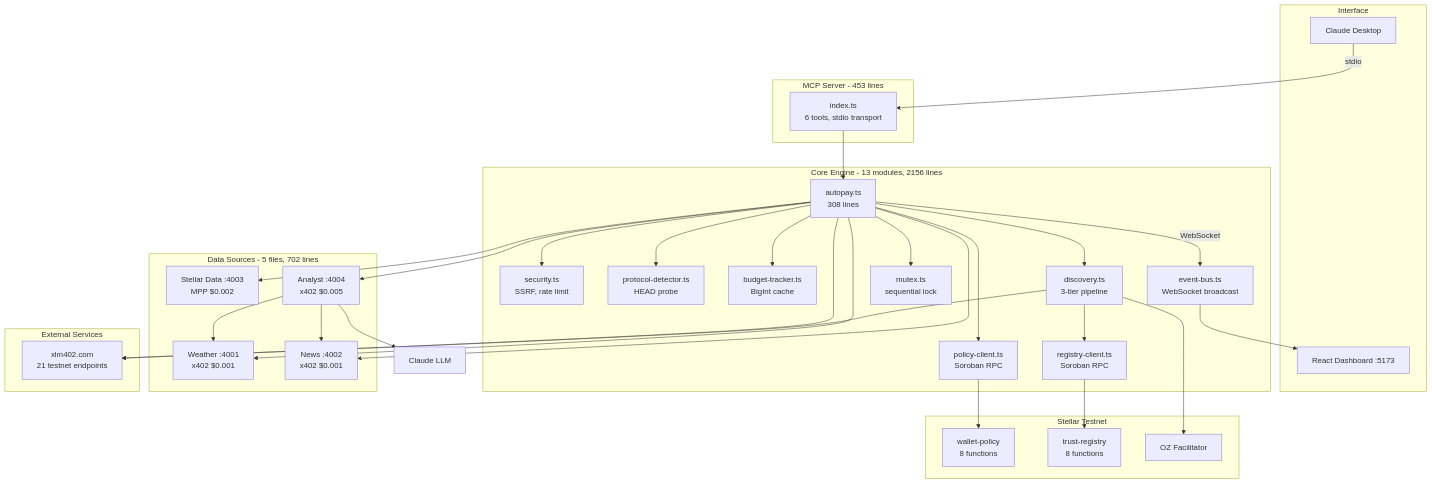
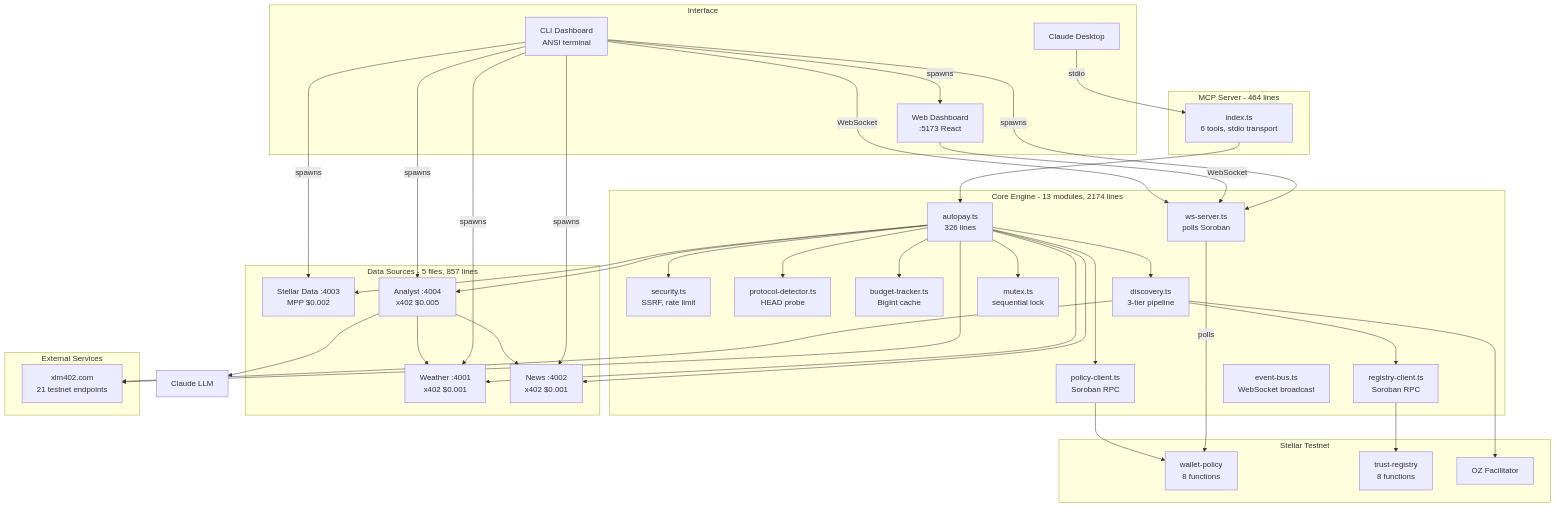
Before and after one commit to Andy00L/x402-autopilot: the first of 7 diagrams in ARCHITECTURE.md, drawn with Mermaid. The commit also changed other lines of this file and 3 other files, not shown here.

````diff
--- a/ARCHITECTURE.md
+++ b/ARCHITECTURE.md
@@ -9,64 +9,73 @@
 ```mermaid
 flowchart TD
     subgraph Interface
         CC["Claude Desktop"]
-        DASH["React Dashboard :5173"]
+        CLI["CLI Dashboard<br/>ANSI terminal"]
+        DASH["Web Dashboard<br/>:5173 React"]
     end
 
-    subgraph MCP["MCP Server - 453 lines"]
+    subgraph MCP["MCP Server - 464 lines"]
         MCPS["index.ts<br/>6 tools, stdio transport"]
     end
 
-    subgraph Core["Core Engine - 13 modules, 2156 lines"]
-        AP["autopay.ts<br/>308 lines"]
+    subgraph Core["Core Engine - 13 modules, 2174 lines"]
+        AP["autopay.ts<br/>326 lines"]
         SEC["security.ts<br/>SSRF, rate limit"]
         PD["protocol-detector.ts<br/>HEAD probe"]
         PC["policy-client.ts<br/>Soroban RPC"]
         RC["registry-client.ts<br/>Soroban RPC"]
         BT["budget-tracker.ts<br/>BigInt cache"]
         DC["discovery.ts<br/>3-tier pipeline"]
         EB["event-bus.ts<br/>WebSocket broadcast"]
         MX["mutex.ts<br/>sequential lock"]
+        WS["ws-server.ts<br/>polls Soroban"]
     end
 
-    subgraph Sources["Data Sources - 5 files, 702 lines"]
+    subgraph Sources["Data Sources - 5 files, 857 lines"]
         W["Weather :4001<br/>x402 $0.001"]
         N["News :4002<br/>x402 $0.001"]
         S["Stellar Data :4003<br/>MPP $0.002"]
         AN["Analyst :4004<br/>x402 $0.005"]
     end
 
     subgraph External["External Services"]
         XL["xlm402.com<br/>21 testnet endpoints"]
     end
 
     subgraph Stellar["Stellar Testnet"]
         WP["wallet-policy<br/>8 functions"]
         TR["trust-registry<br/>8 functions"]
         FAC["OZ Facilitator"]
     end
 
     CC -->|stdio| MCPS
     MCPS --> AP
     AP --> SEC
     AP --> PD
     AP --> PC
     AP --> BT
     AP --> DC
     AP --> MX
     PC --> WP
     RC --> TR
     DC --> FAC
     DC --> RC
     DC --> XL
     AP --> W
     AP --> N
     AP --> S
     AP --> AN
     AP --> XL
     AN --> W
     AN --> N
     AN --> LLM["Claude LLM"]
-    AP -->|WebSocket| EB
-    EB --> DASH
+    WS -->|polls| WP
+    CLI -->|WebSocket| WS
+    DASH -->|WebSocket| WS
+    CLI -->|spawns| W
+    CLI -->|spawns| N
+    CLI -->|spawns| S
+    CLI -->|spawns| AN
+    CLI -->|spawns| WS
+    CLI -->|spawns| DASH
 ```
````
